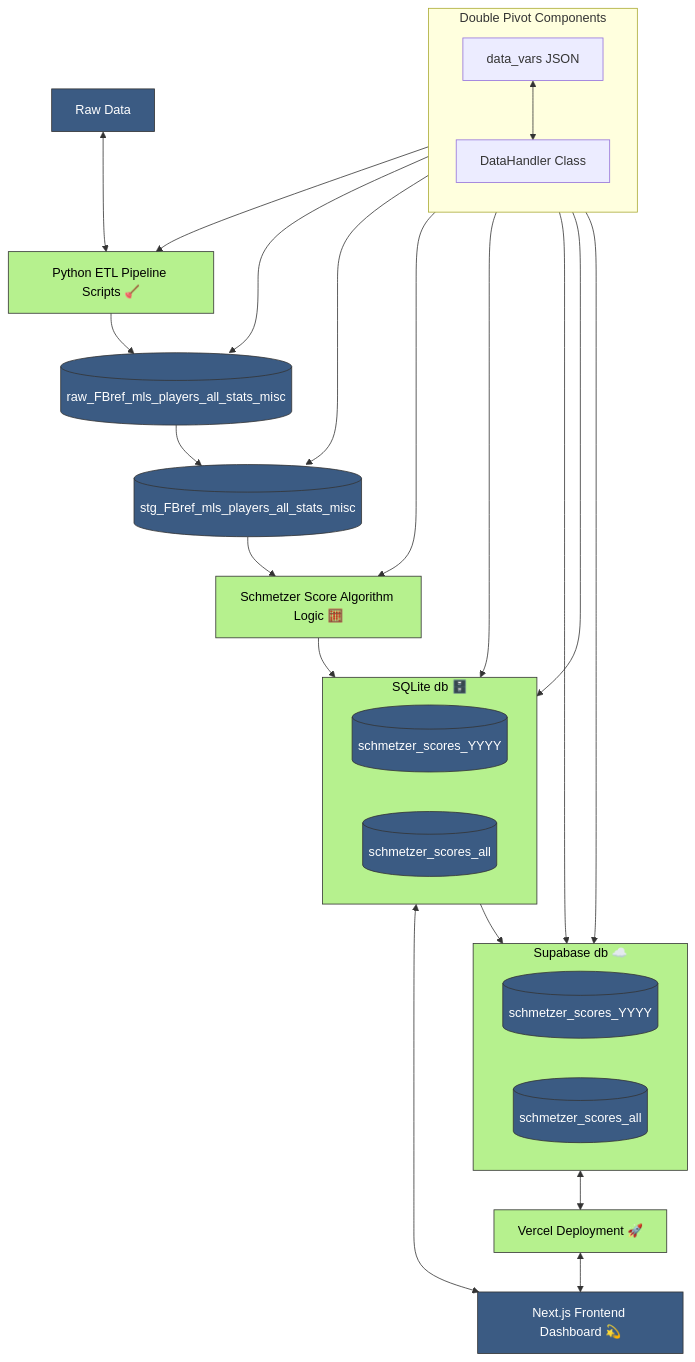
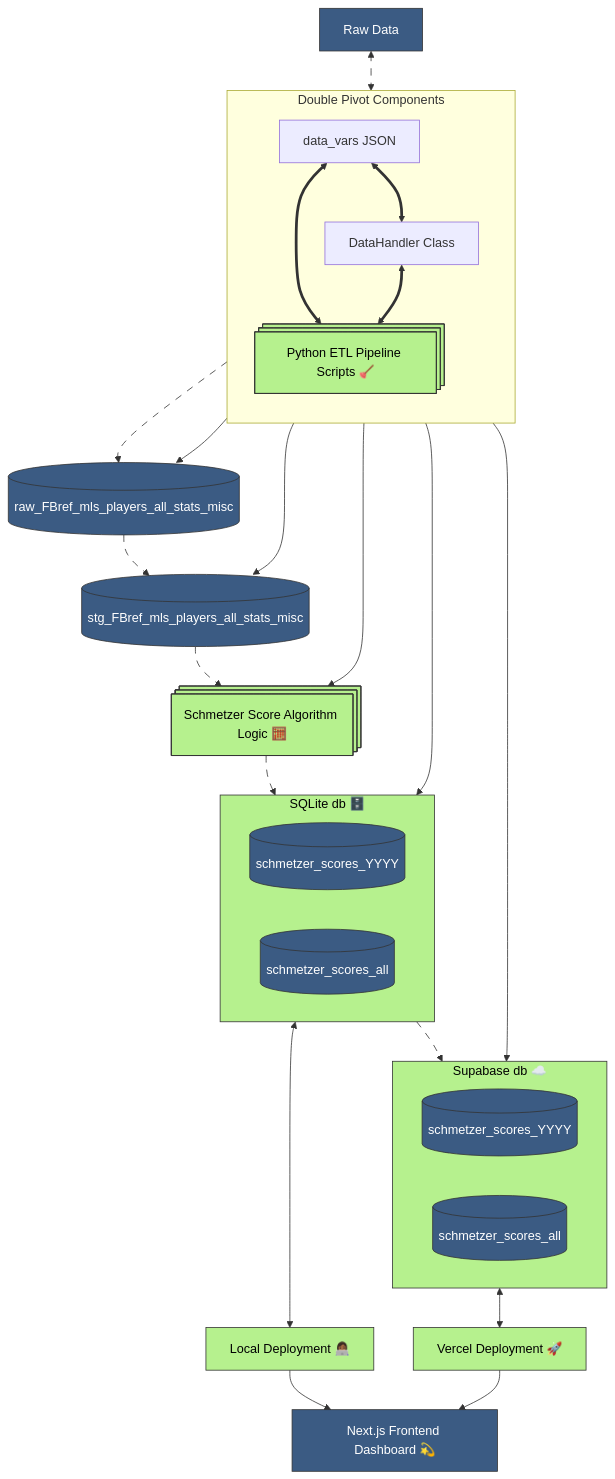
Before and after one commit to thenickedwards/duels_mapping: the diagram in README.md, drawn with Mermaid. The commit also changed other lines of this file, not shown here.

Commit message:
Mermaid updates mostly

````diff
--- a/README.md
+++ b/README.md
@@ -97,54 +95,62 @@
 ```mermaid
 flowchart TD
-    %% Main pipeline
-    A[Raw Data] <--> B[Python ETL Pipeline Scripts 🪠]
-    B --> C[(raw_FBref_mls_players_all_stats_misc)]
-    C --> D[(stg_FBref_mls_players_all_stats_misc)]
-    D --> E[Schmetzer Score Algorithm Logic 🧮]
+    %% Supporting pivots (vertical layout, side-by-side with main flow)
+    subgraph PIVOTS [Double Pivot Components]
+        direction TB
+        DV[data_vars JSON]
+        DH[DataHandler Class]
+        PY[Python ETL Pipeline Scripts 🪠]
+    end
+
+%% Main pipeline
+    A[Raw Data] e1@<--> PY
+    PY e2@--> C[(raw_FBref_mls_players_all_stats_misc)]
+    C e3@--> D[(stg_FBref_mls_players_all_stats_misc)]
+    D e4@--> ALGO[Schmetzer Score Algorithm Logic 🧮]
 
     %% SQLite group
     subgraph SQLITE [SQLite db 🗄️]
         F[(schmetzer_scores_YYYY)]
         G[(schmetzer_scores_all)]
     end
 
     %% Supabase group
     subgraph SUPABASE [Supabase db ☁️]
         F2[(schmetzer_scores_YYYY)]
         G2[(schmetzer_scores_all)]
     end
 
     %% Frontend and deployment
-    H[Next.js Frontend Dashboard 💫]
     V[Vercel Deployment 🚀]
+    L[Local Deployment 👩🏾‍💻]
+    N[Next.js Frontend Dashboard 💫]
 
-    E --> SQLITE
-    SQLITE <--> H
-    SQLITE --> SUPABASE
+    %% DB integrations
+    ALGO e5@--> SQLITE
+    SQLITE <--> L
+    SQLITE e6@--> SUPABASE
     SUPABASE <--> V
-    V <--> H
-
-    %% Supporting pivots (vertical layout, side-by-side with main flow)
-    subgraph PIVOTS [Double Pivot Components]
-        direction TB
-        I[data_vars JSON]
-        J[DataHandler Class]
-    end
+    L --> N
+    V --> N
 
     %% Connections from pivots
-    I <--> J
-    J --> B
-    J --> C
-    J --> D
-    J --> E
-    J --> SQLITE
-    J --> SUPABASE
-    I --> SQLITE
-    I --> SUPABASE
+    DV <==> DH
+    DV <==> PY
+    DH <==> PY
+    DH --> C
+    DH --> D
+    DH --> ALGO
+    DH --> SQLITE
+    DH --> SUPABASE
 
     %% styling legend
     classDef dataNode fill:#3b5b83,stroke:#333,stroke-width:1px,color:#fff;
     classDef logicNode fill:#b6f18e,stroke:#333,stroke-width:1px,color:#000;
-    class A,C,D,F,G,F2,G2,H dataNode
-    class B,E,SQLITE,SUPABASE,V logicNode
+    classDef animate stroke-dasharray: 9,5,stroke-dashoffset: 900,animation: dash 25s linear infinite;
+    class e1,e2,e3,e4,e5,e6 animate
+    class A,C,D,F,G,F2,G2,N dataNode
+    class PY,ALGO,SQLITE,SUPABASE,V,L logicNode
+    PY@{ shape: procs}
+    ALGO@{ shape: procs}
+
 ```
````
